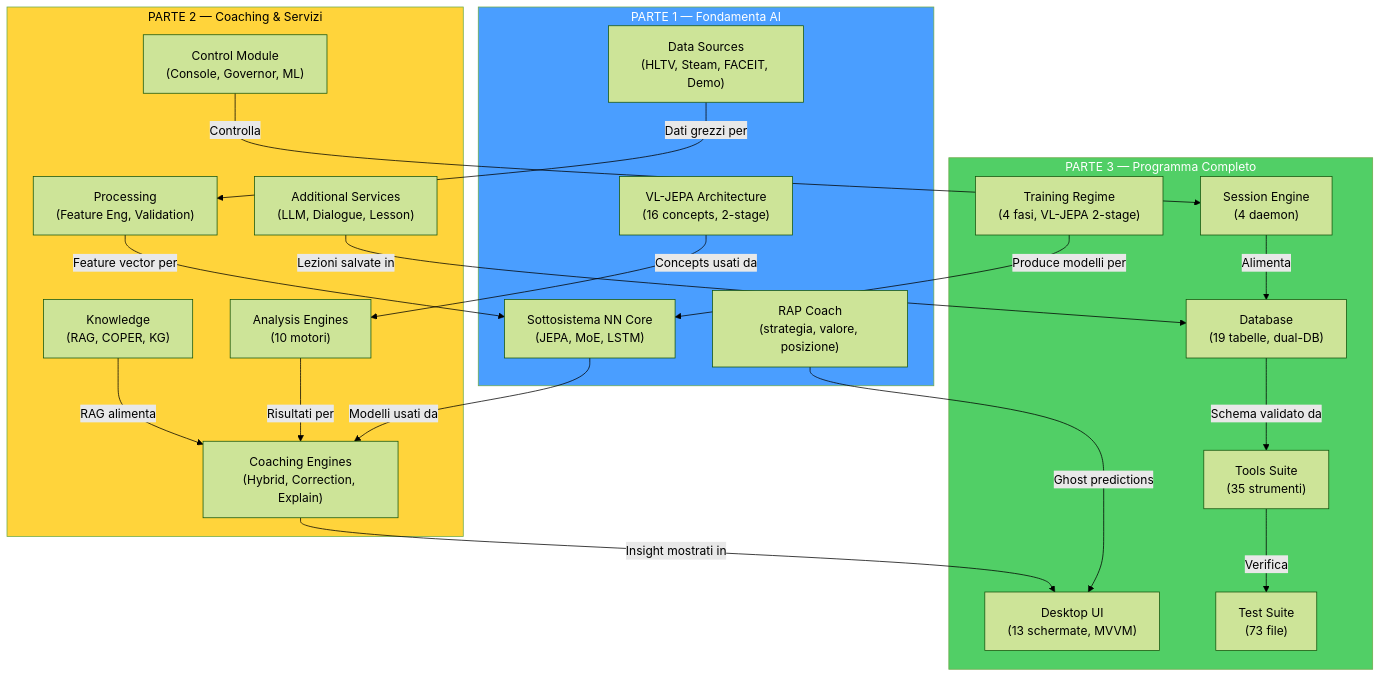
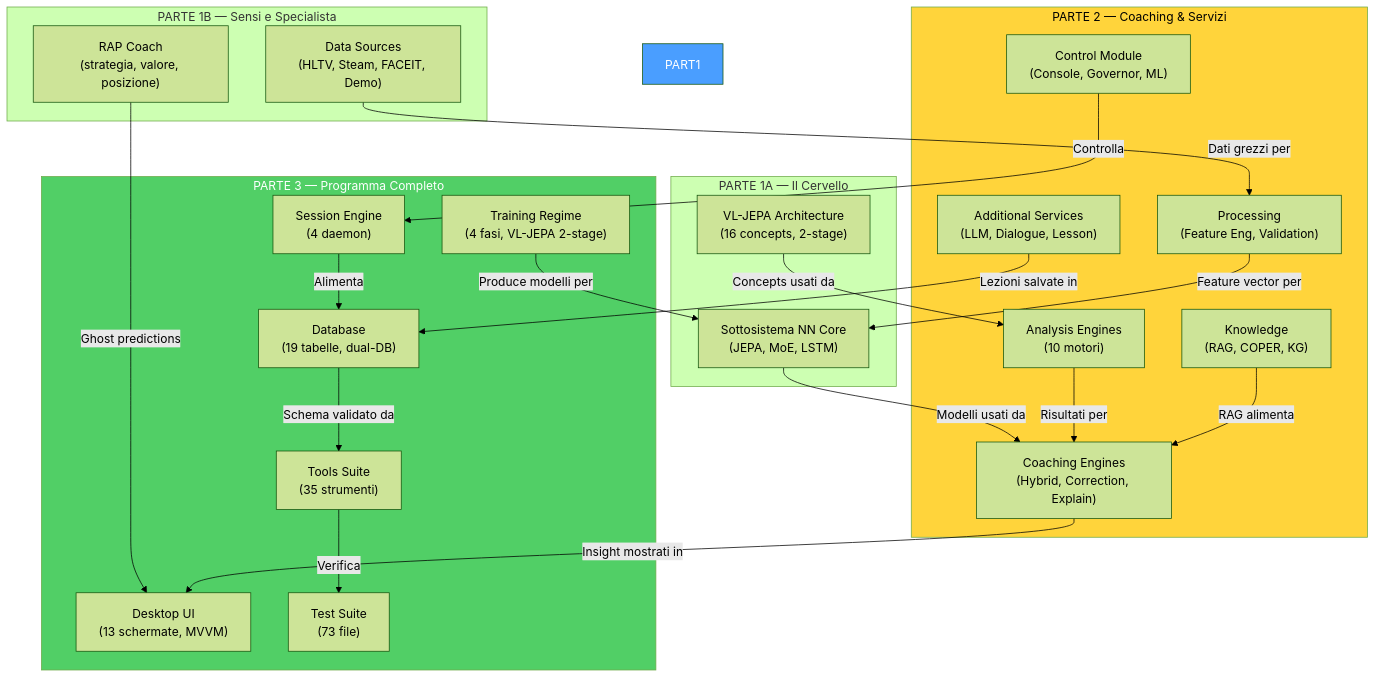
Before and after one commit to renanaugustomacena-ux/Counter-Strike-coach-AI: diagram 55 of 55 in docs/Book-Coach-3.md, drawn with Mermaid (forest theme). The commit also changed 127 other files, not shown here.

````diff
--- a/docs/Book-Coach-3.md
+++ b/docs/Book-Coach-3.md
@@ -2960,44 +2960,46 @@
 ```mermaid
 flowchart TB
-    subgraph PART1["PARTE 1 — Fondamenta AI"]
+    subgraph PART1A["PARTE 1A — Il Cervello"]
         P1_NN["Sottosistema NN Core<br/>(JEPA, MoE, LSTM)"]
         P1_VL["VL-JEPA Architecture<br/>(16 concepts, 2-stage)"]
+    end
+    subgraph PART1B["PARTE 1B — Sensi e Specialista"]
         P1_RAP["RAP Coach<br/>(strategia, valore, posizione)"]
         P1_DS["Data Sources<br/>(HLTV, Steam, FACEIT, Demo)"]
     end
     subgraph PART2["PARTE 2 — Coaching & Servizi"]
         P2_CE["Coaching Engines<br/>(Hybrid, Correction, Explain)"]
         P2_SV["Additional Services<br/>(LLM, Dialogue, Lesson)"]
         P2_AN["Analysis Engines<br/>(10 motori)"]
         P2_KN["Knowledge<br/>(RAG, COPER, KG)"]
         P2_PR["Processing<br/>(Feature Eng, Validation)"]
         P2_CT["Control Module<br/>(Console, Governor, ML)"]
     end
     subgraph PART3["PARTE 3 — Programma Completo"]
         P3_DB["Database<br/>(19 tabelle, dual-DB)"]
         P3_TR["Training Regime<br/>(4 fasi, VL-JEPA 2-stage)"]
         P3_UI["Desktop UI<br/>(13 schermate, MVVM)"]
         P3_SE["Session Engine<br/>(4 daemon)"]
         P3_TL["Tools Suite<br/>(35 strumenti)"]
         P3_TS["Test Suite<br/>(73 file)"]
     end
 
     P1_NN -->|"Modelli usati da"| P2_CE
     P1_VL -->|"Concepts usati da"| P2_AN
     P1_RAP -->|"Ghost predictions"| P3_UI
     P1_DS -->|"Dati grezzi per"| P2_PR
     P2_CE -->|"Insight mostrati in"| P3_UI
     P2_SV -->|"Lezioni salvate in"| P3_DB
     P2_AN -->|"Risultati per"| P2_CE
     P2_KN -->|"RAG alimenta"| P2_CE
     P2_PR -->|"Feature vector per"| P1_NN
     P2_CT -->|"Controlla"| P3_SE
     P3_DB -->|"Schema validato da"| P3_TL
     P3_TR -->|"Produce modelli per"| P1_NN
     P3_SE -->|"Alimenta"| P3_DB
     P3_TL -->|"Verifica"| P3_TS
 
     style PART1 fill:#4a9eff,color:#fff
     style PART2 fill:#ffd43b,color:#000
     style PART3 fill:#51cf66,color:#fff
 ```
````
